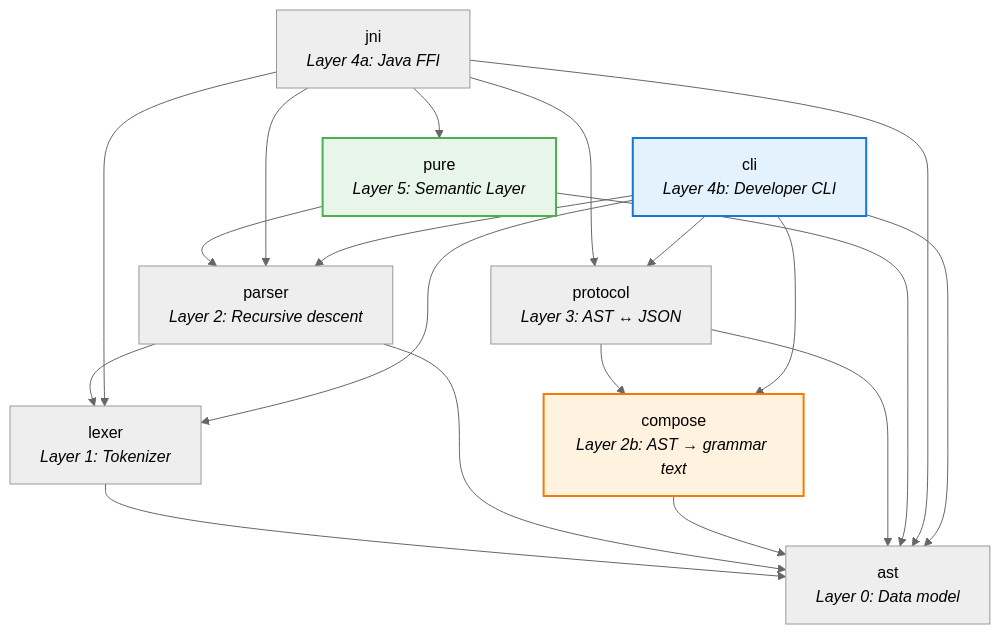
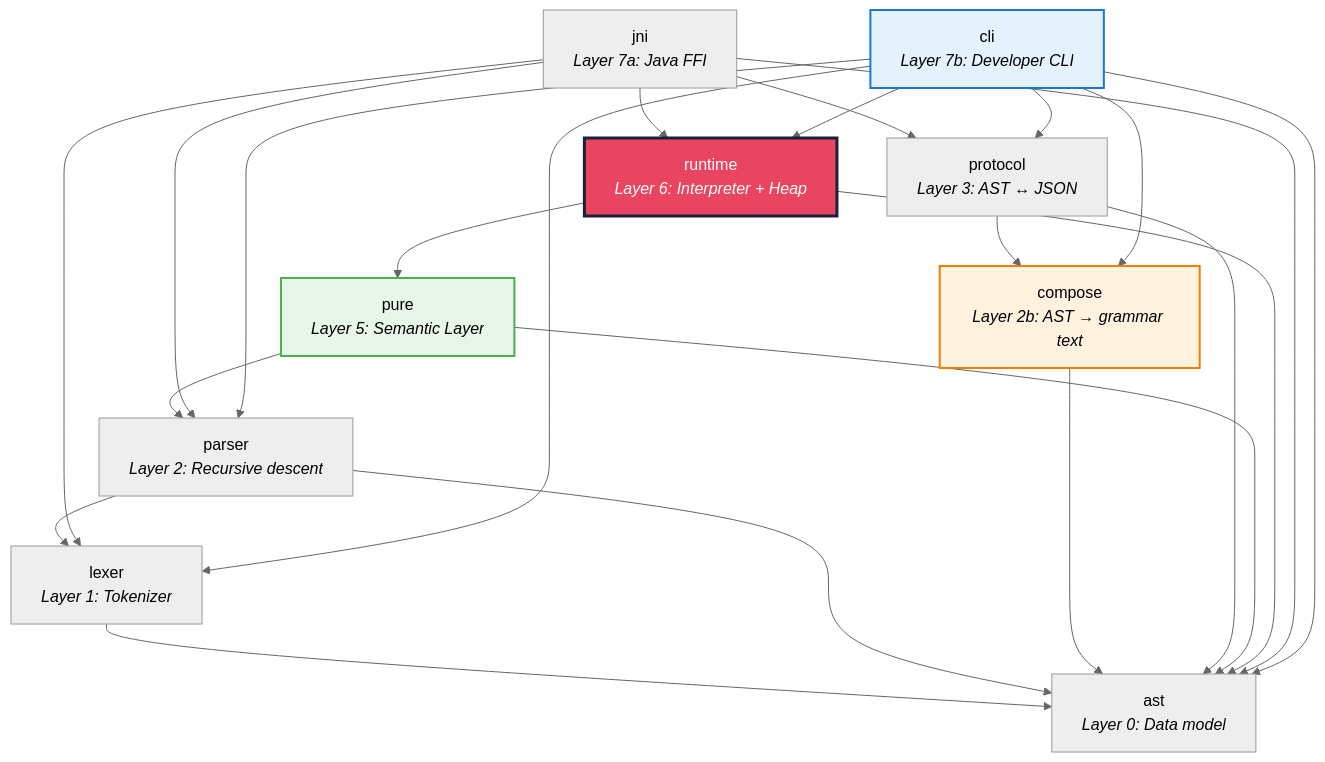
One commit to rafaelbey/legend-pure changed the diagram in ARCHITECTURE.md. Above: the diagram before and after it, drawn with Mermaid (neutral theme). The commit also changed other lines of this file and 21 other files, not shown here.

````diff
--- a/ARCHITECTURE.md
+++ b/ARCHITECTURE.md
@@ -5,34 +5,39 @@
 ```mermaid
 flowchart TD
     AST["ast<br/><i>Layer 0: Data model</i>"]
     LEX["lexer<br/><i>Layer 1: Tokenizer</i>"]
     PAR["parser<br/><i>Layer 2: Recursive descent</i>"]
     COM["compose<br/><i>Layer 2b: AST → grammar text</i>"]
     PRO["protocol<br/><i>Layer 3: AST ↔ JSON</i>"]
-    JNI["jni<br/><i>Layer 4a: Java FFI</i>"]
-    CLI["cli<br/><i>Layer 4b: Developer CLI</i>"]
     PURE["pure<br/><i>Layer 5: Semantic Layer</i>"]
+    RT["runtime<br/><i>Layer 6: Interpreter + Heap</i>"]
+    JNI["jni<br/><i>Layer 7a: Java FFI</i>"]
+    CLI["cli<br/><i>Layer 7b: Developer CLI</i>"]
 
     LEX --> AST
     PAR --> AST
     PAR --> LEX
     COM --> AST
     PRO --> AST
     PRO --> COM
     PURE --> AST
     PURE --> PAR
+    RT --> PURE
+    RT --> AST
     JNI --> AST
     JNI --> LEX
     JNI --> PAR
     JNI --> PRO
-    JNI --> PURE
+    JNI --> RT
     CLI --> AST
     CLI --> LEX
     CLI --> PAR
     CLI --> PRO
     CLI --> COM
+    CLI --> RT
 
+    style RT fill:#e94560,stroke:#16213e,stroke-width:3px,color:#fff
     style PURE fill:#e8f5e9,stroke:#4caf50,stroke-width:2px
     style CLI fill:#e3f2fd,stroke:#1976d2,stroke-width:2px
     style COM fill:#fff3e0,stroke:#f57c00,stroke-width:2px
 ```
````
